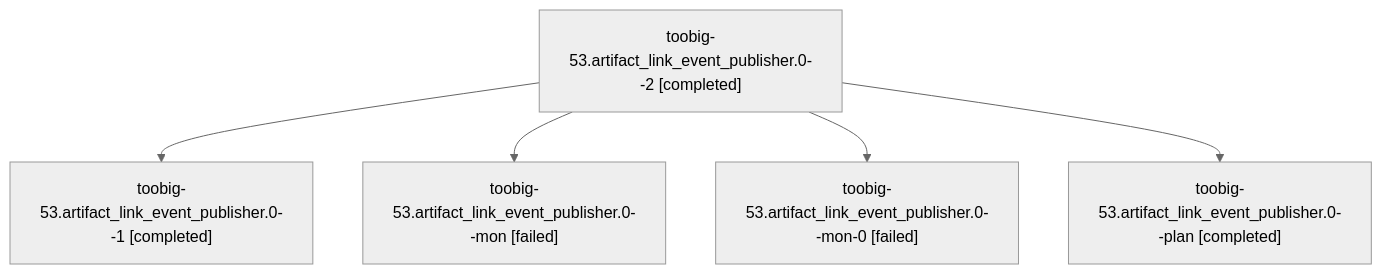
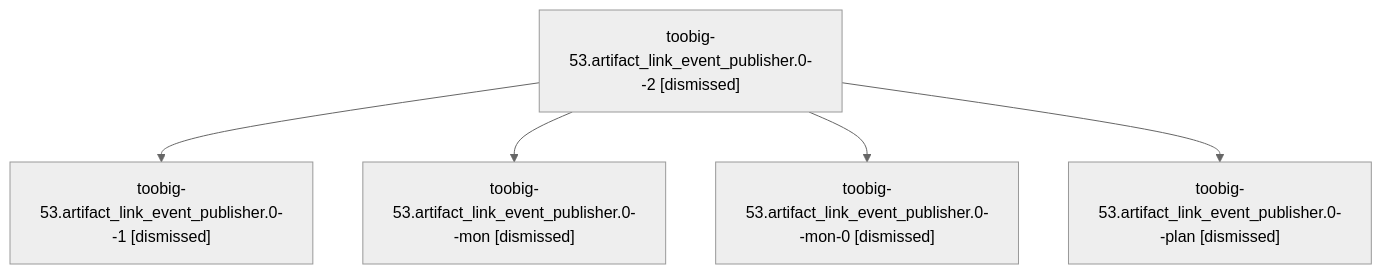
Before and after one commit to sase-org/sase--agents: the diagram in families/bbugyi200.athena.toobig-53.artifact_link_event_publisher.0.md, drawn with Mermaid (neutral theme). The commit also changed other lines of this file and 75 other files, not shown here.

````diff
--- a/families/bbugyi200.athena.toobig-53.artifact_link_event_publisher.0.md
+++ b/families/bbugyi200.athena.toobig-53.artifact_link_event_publisher.0.md
@@ -9,12 +9,12 @@
 ```mermaid
 flowchart TD
-  n0["toobig-53.artifact_link_event_publisher.0--2 [completed]"]
-  n1["toobig-53.artifact_link_event_publisher.0--1 [completed]"]
+  n0["toobig-53.artifact_link_event_publisher.0--2 [dismissed]"]
+  n1["toobig-53.artifact_link_event_publisher.0--1 [dismissed]"]
   n0 --> n1
-  n2["toobig-53.artifact_link_event_publisher.0--mon [failed]"]
+  n2["toobig-53.artifact_link_event_publisher.0--mon [dismissed]"]
   n0 --> n2
-  n3["toobig-53.artifact_link_event_publisher.0--mon-0 [failed]"]
+  n3["toobig-53.artifact_link_event_publisher.0--mon-0 [dismissed]"]
   n0 --> n3
-  n4["toobig-53.artifact_link_event_publisher.0--plan [completed]"]
+  n4["toobig-53.artifact_link_event_publisher.0--plan [dismissed]"]
   n0 --> n4
 ```
````
